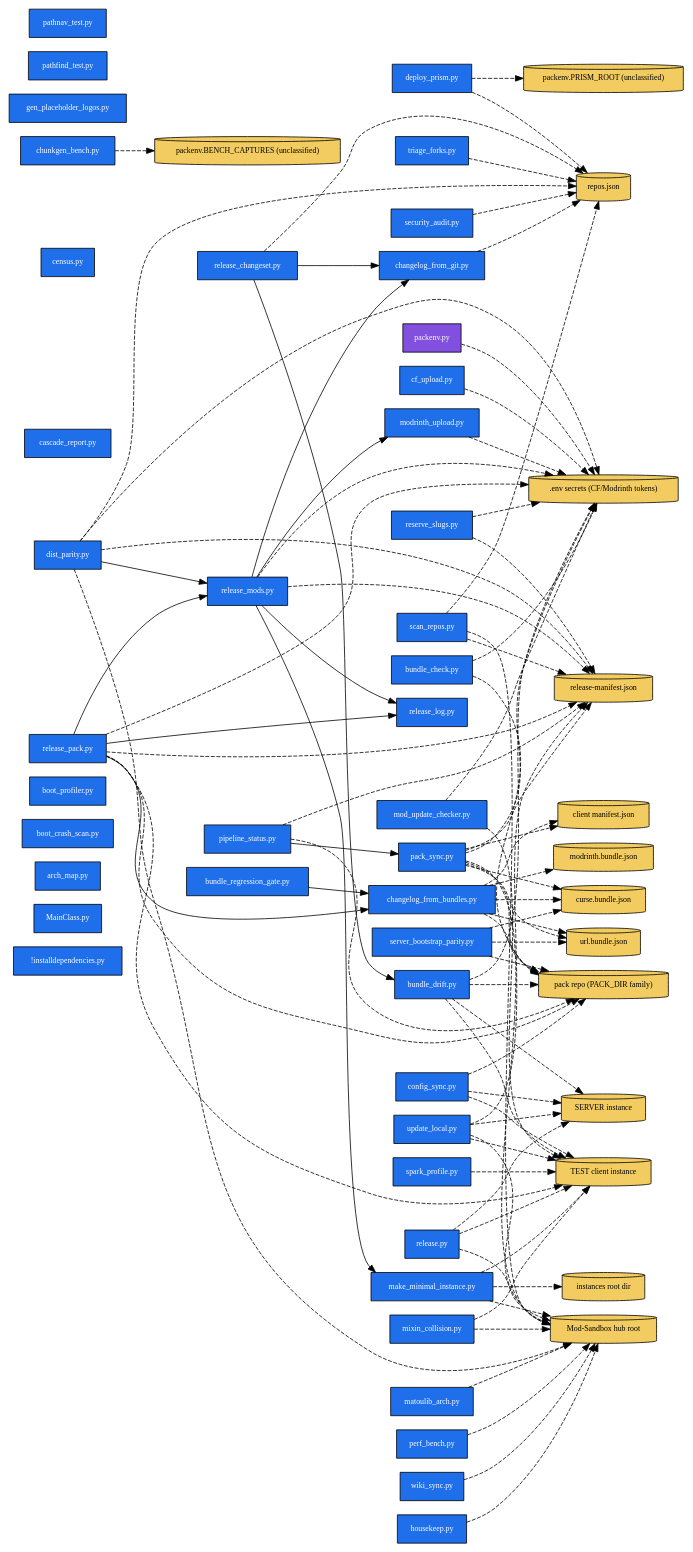
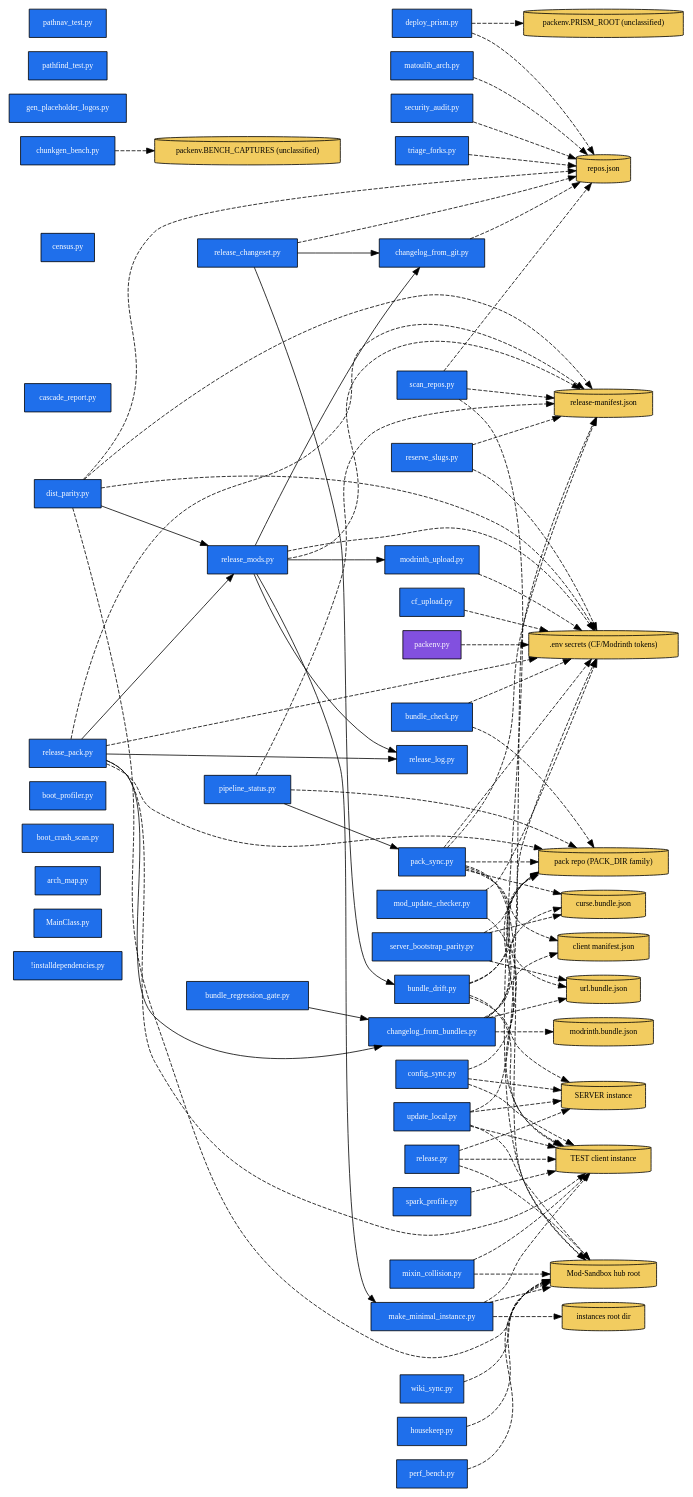
The diagram in ARCHITECTURE.dot (quentin452/Cat-Pack-Utilities), drawn with Graphviz before and after one commit. The commit also changed 3 other files, not shown here.

First line of the commit message:
feat(matoulib_arch): --repo param, resolve dir via repos.json (post-split matoulib-core/gigafauna)

```diff
--- a/ARCHITECTURE.dot
+++ b/ARCHITECTURE.dot
@@ -1,146 +1,146 @@
 digraph arch {
   rankdir=LR;
   node [shape=box, style=filled, fontsize=10];
 
   S__installdependencies [label="!installdependencies.py", fillcolor="#1f6feb", fontcolor="white"];
   S_MainClass [label="MainClass.py", fillcolor="#1f6feb", fontcolor="white"];
   S_arch_map [label="arch_map.py", fillcolor="#1f6feb", fontcolor="white"];
   S_boot_crash_scan [label="boot_crash_scan.py", fillcolor="#1f6feb", fontcolor="white"];
   S_boot_profiler [label="boot_profiler.py", fillcolor="#1f6feb", fontcolor="white"];
   S_bundle_check [label="bundle_check.py", fillcolor="#1f6feb", fontcolor="white"];
   S_bundle_drift [label="bundle_drift.py", fillcolor="#1f6feb", fontcolor="white"];
   S_bundle_regression_gate [label="bundle_regression_gate.py", fillcolor="#1f6feb", fontcolor="white"];
   S_cascade_report [label="cascade_report.py", fillcolor="#1f6feb", fontcolor="white"];
   S_census [label="census.py", fillcolor="#1f6feb", fontcolor="white"];
   S_cf_upload [label="cf_upload.py", fillcolor="#1f6feb", fontcolor="white"];
   S_changelog_from_bundles [label="changelog_from_bundles.py", fillcolor="#1f6feb", fontcolor="white"];
   S_changelog_from_git [label="changelog_from_git.py", fillcolor="#1f6feb", fontcolor="white"];
   S_chunkgen_bench [label="chunkgen_bench.py", fillcolor="#1f6feb", fontcolor="white"];
   S_config_sync [label="config_sync.py", fillcolor="#1f6feb", fontcolor="white"];
   S_deploy_prism [label="deploy_prism.py", fillcolor="#1f6feb", fontcolor="white"];
   S_dist_parity [label="dist_parity.py", fillcolor="#1f6feb", fontcolor="white"];
   S_gen_placeholder_logos [label="gen_placeholder_logos.py", fillcolor="#1f6feb", fontcolor="white"];
   S_housekeep [label="housekeep.py", fillcolor="#1f6feb", fontcolor="white"];
   S_make_minimal_instance [label="make_minimal_instance.py", fillcolor="#1f6feb", fontcolor="white"];
   S_matoulib_arch [label="matoulib_arch.py", fillcolor="#1f6feb", fontcolor="white"];
   S_mixin_collision [label="mixin_collision.py", fillcolor="#1f6feb", fontcolor="white"];
   S_mod_update_checker [label="mod_update_checker.py", fillcolor="#1f6feb", fontcolor="white"];
   S_modrinth_upload [label="modrinth_upload.py", fillcolor="#1f6feb", fontcolor="white"];
   S_pack_sync [label="pack_sync.py", fillcolor="#1f6feb", fontcolor="white"];
   S_packenv [label="packenv.py", fillcolor="#8250df", fontcolor="white"];
   S_pathfind_test [label="pathfind_test.py", fillcolor="#1f6feb", fontcolor="white"];
   S_pathnav_test [label="pathnav_test.py", fillcolor="#1f6feb", fontcolor="white"];
   S_perf_bench [label="perf_bench.py", fillcolor="#1f6feb", fontcolor="white"];
   S_pipeline_status [label="pipeline_status.py", fillcolor="#1f6feb", fontcolor="white"];
   S_release [label="release.py", fillcolor="#1f6feb", fontcolor="white"];
   S_release_changeset [label="release_changeset.py", fillcolor="#1f6feb", fontcolor="white"];
   S_release_log [label="release_log.py", fillcolor="#1f6feb", fontcolor="white"];
   S_release_mods [label="release_mods.py", fillcolor="#1f6feb", fontcolor="white"];
   S_release_pack [label="release_pack.py", fillcolor="#1f6feb", fontcolor="white"];
   S_reserve_slugs [label="reserve_slugs.py", fillcolor="#1f6feb", fontcolor="white"];
   S_scan_repos [label="scan_repos.py", fillcolor="#1f6feb", fontcolor="white"];
   S_security_audit [label="security_audit.py", fillcolor="#1f6feb", fontcolor="white"];
   S_server_bootstrap_parity [label="server_bootstrap_parity.py", fillcolor="#1f6feb", fontcolor="white"];
   S_spark_profile [label="spark_profile.py", fillcolor="#1f6feb", fontcolor="white"];
   S_triage_forks [label="triage_forks.py", fillcolor="#1f6feb", fontcolor="white"];
   S_update_local [label="update_local.py", fillcolor="#1f6feb", fontcolor="white"];
   S_wiki_sync [label="wiki_sync.py", fillcolor="#1f6feb", fontcolor="white"];
 
   D_ART_SECRETS [label=".env secrets (CF/Modrinth tokens)", shape=cylinder, fillcolor="#f2cc60"];
   D_ART_HUB [label="Mod-Sandbox hub root", shape=cylinder, fillcolor="#f2cc60"];
   D_ART_INSTANCE_SERVER [label="SERVER instance", shape=cylinder, fillcolor="#f2cc60"];
   D_ART_INSTANCE_TEST [label="TEST client instance", shape=cylinder, fillcolor="#f2cc60"];
   D_ART_CLIENT_MANIFEST [label="client manifest.json", shape=cylinder, fillcolor="#f2cc60"];
   D_ART_CURSE_BUNDLE [label="curse.bundle.json", shape=cylinder, fillcolor="#f2cc60"];
   D_ART_INSTANCES_ROOT [label="instances root dir", shape=cylinder, fillcolor="#f2cc60"];
   D_ART_MODRINTH_BUNDLE [label="modrinth.bundle.json", shape=cylinder, fillcolor="#f2cc60"];
   D_ART_PACK_DIR [label="pack repo (PACK_DIR family)", shape=cylinder, fillcolor="#f2cc60"];
   D_ART_OTHER_BENCH_CAPTURES [label="packenv.BENCH_CAPTURES (unclassified)", shape=cylinder, fillcolor="#f2cc60"];
   D_ART_OTHER_PRISM_ROOT [label="packenv.PRISM_ROOT (unclassified)", shape=cylinder, fillcolor="#f2cc60"];
   D_ART_RELEASE_MANIFEST [label="release-manifest.json", shape=cylinder, fillcolor="#f2cc60"];
   D_ART_REPOS_JSON [label="repos.json", shape=cylinder, fillcolor="#f2cc60"];
   D_ART_URL_BUNDLE [label="url.bundle.json", shape=cylinder, fillcolor="#f2cc60"];
 
   S_bundle_regression_gate -> S_changelog_from_bundles;
   S_dist_parity -> S_release_mods;
   S_pipeline_status -> S_pack_sync;
   S_release_changeset -> S_bundle_drift;
   S_release_changeset -> S_changelog_from_git;
   S_release_mods -> S_changelog_from_git;
   S_release_mods -> S_make_minimal_instance;
   S_release_mods -> S_modrinth_upload;
   S_release_mods -> S_release_log;
   S_release_pack -> S_changelog_from_bundles;
   S_release_pack -> S_release_log;
   S_release_pack -> S_release_mods;
   S_bundle_check -> D_ART_SECRETS [style=dashed];
   S_bundle_check -> D_ART_PACK_DIR [style=dashed];
   S_bundle_drift -> D_ART_SECRETS [style=dashed];
   S_bundle_drift -> D_ART_INSTANCE_SERVER [style=dashed];
   S_bundle_drift -> D_ART_INSTANCE_TEST [style=dashed];
   S_bundle_drift -> D_ART_PACK_DIR [style=dashed];
   S_cf_upload -> D_ART_SECRETS [style=dashed];
   S_changelog_from_bundles -> D_ART_CLIENT_MANIFEST [style=dashed];
   S_changelog_from_bundles -> D_ART_CURSE_BUNDLE [style=dashed];
   S_changelog_from_bundles -> D_ART_MODRINTH_BUNDLE [style=dashed];
   S_changelog_from_bundles -> D_ART_PACK_DIR [style=dashed];
   S_changelog_from_bundles -> D_ART_URL_BUNDLE [style=dashed];
   S_changelog_from_git -> D_ART_REPOS_JSON [style=dashed];
   S_chunkgen_bench -> D_ART_OTHER_BENCH_CAPTURES [style=dashed];
   S_config_sync -> D_ART_INSTANCE_SERVER [style=dashed];
   S_config_sync -> D_ART_INSTANCE_TEST [style=dashed];
   S_config_sync -> D_ART_PACK_DIR [style=dashed];
   S_deploy_prism -> D_ART_OTHER_PRISM_ROOT [style=dashed];
   S_deploy_prism -> D_ART_REPOS_JSON [style=dashed];
   S_dist_parity -> D_ART_SECRETS [style=dashed];
   S_dist_parity -> D_ART_HUB [style=dashed];
   S_dist_parity -> D_ART_RELEASE_MANIFEST [style=dashed];
   S_dist_parity -> D_ART_REPOS_JSON [style=dashed];
   S_housekeep -> D_ART_HUB [style=dashed];
   S_make_minimal_instance -> D_ART_HUB [style=dashed];
   S_make_minimal_instance -> D_ART_INSTANCE_TEST [style=dashed];
   S_make_minimal_instance -> D_ART_INSTANCES_ROOT [style=dashed];
-  S_matoulib_arch -> D_ART_HUB [style=dashed];
+  S_matoulib_arch -> D_ART_REPOS_JSON [style=dashed];
   S_mixin_collision -> D_ART_HUB [style=dashed];
   S_mixin_collision -> D_ART_INSTANCE_TEST [style=dashed];
   S_mod_update_checker -> D_ART_SECRETS [style=dashed];
   S_mod_update_checker -> D_ART_INSTANCE_TEST [style=dashed];
   S_modrinth_upload -> D_ART_SECRETS [style=dashed];
   S_pack_sync -> D_ART_SECRETS [style=dashed];
   S_pack_sync -> D_ART_HUB [style=dashed];
   S_pack_sync -> D_ART_CLIENT_MANIFEST [style=dashed];
   S_pack_sync -> D_ART_CURSE_BUNDLE [style=dashed];
   S_pack_sync -> D_ART_PACK_DIR [style=dashed];
   S_pack_sync -> D_ART_RELEASE_MANIFEST [style=dashed];
   S_pack_sync -> D_ART_URL_BUNDLE [style=dashed];
   S_packenv -> D_ART_SECRETS [style=dashed];
   S_perf_bench -> D_ART_HUB [style=dashed];
   S_pipeline_status -> D_ART_PACK_DIR [style=dashed];
   S_pipeline_status -> D_ART_RELEASE_MANIFEST [style=dashed];
   S_release -> D_ART_HUB [style=dashed];
   S_release -> D_ART_INSTANCE_SERVER [style=dashed];
   S_release -> D_ART_INSTANCE_TEST [style=dashed];
   S_release_changeset -> D_ART_REPOS_JSON [style=dashed];
   S_release_mods -> D_ART_SECRETS [style=dashed];
   S_release_mods -> D_ART_RELEASE_MANIFEST [style=dashed];
   S_release_pack -> D_ART_SECRETS [style=dashed];
   S_release_pack -> D_ART_INSTANCE_TEST [style=dashed];
   S_release_pack -> D_ART_PACK_DIR [style=dashed];
   S_release_pack -> D_ART_RELEASE_MANIFEST [style=dashed];
   S_reserve_slugs -> D_ART_SECRETS [style=dashed];
   S_reserve_slugs -> D_ART_RELEASE_MANIFEST [style=dashed];
   S_scan_repos -> D_ART_HUB [style=dashed];
   S_scan_repos -> D_ART_RELEASE_MANIFEST [style=dashed];
   S_scan_repos -> D_ART_REPOS_JSON [style=dashed];
   S_security_audit -> D_ART_REPOS_JSON [style=dashed];
   S_server_bootstrap_parity -> D_ART_CURSE_BUNDLE [style=dashed];
   S_server_bootstrap_parity -> D_ART_PACK_DIR [style=dashed];
   S_server_bootstrap_parity -> D_ART_URL_BUNDLE [style=dashed];
   S_spark_profile -> D_ART_INSTANCE_TEST [style=dashed];
   S_triage_forks -> D_ART_REPOS_JSON [style=dashed];
   S_update_local -> D_ART_HUB [style=dashed];
   S_update_local -> D_ART_INSTANCE_SERVER [style=dashed];
   S_update_local -> D_ART_INSTANCE_TEST [style=dashed];
   S_update_local -> D_ART_RELEASE_MANIFEST [style=dashed];
   S_wiki_sync -> D_ART_HUB [style=dashed];
 }
```
